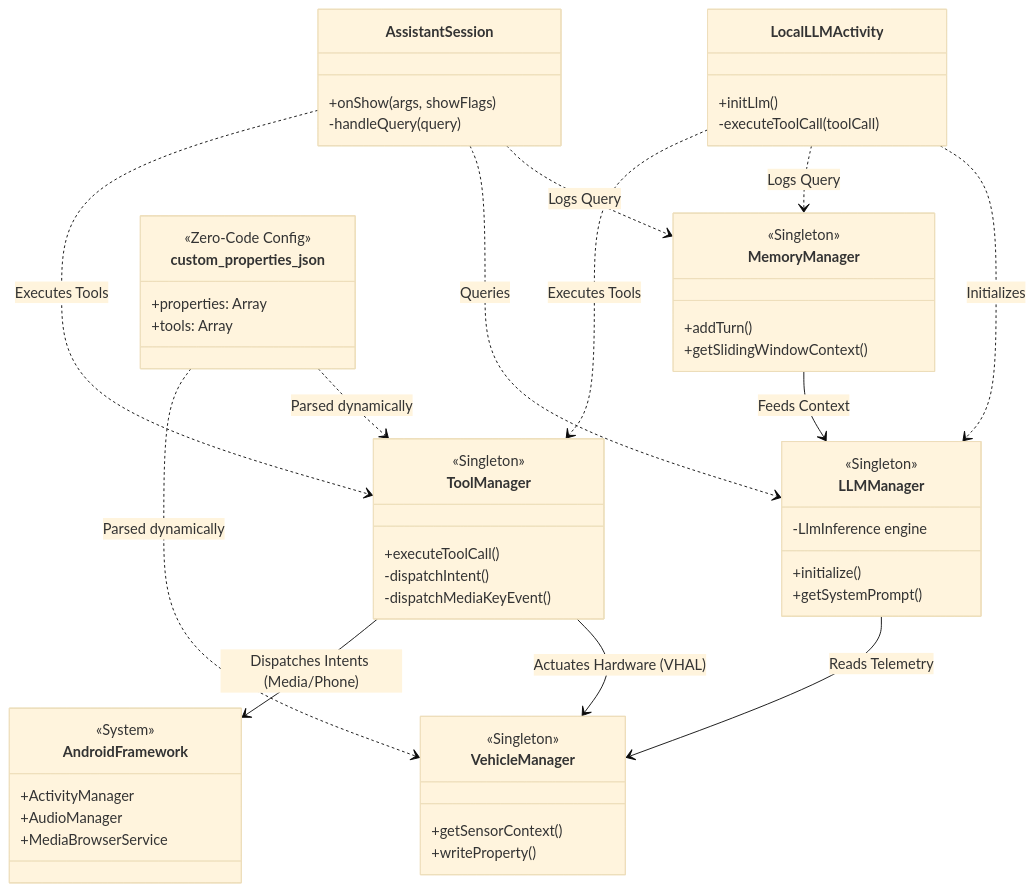
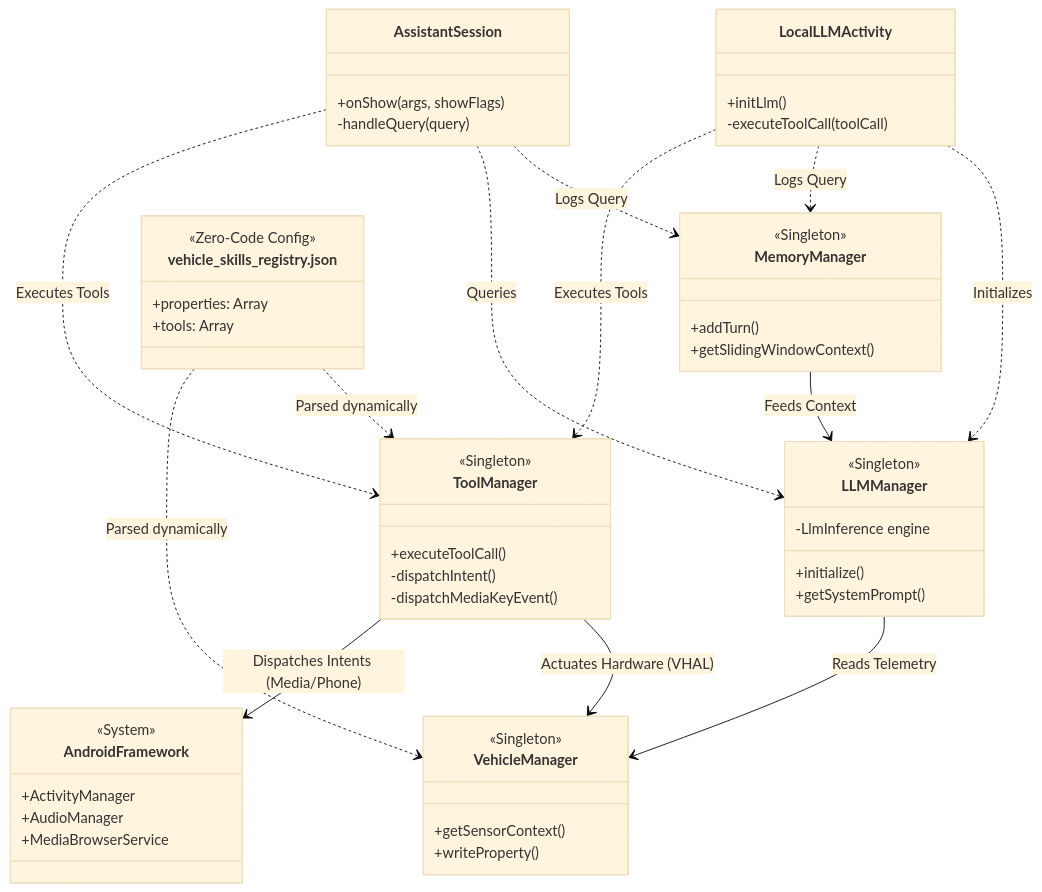
One commit to hemangpandhi/ai-assistant changed the fourth of 4 diagrams in ARCHITECTURE.md. Above: the diagram before and after it, drawn with Mermaid (base theme). The commit also changed other lines of this file and 8 other files, not shown here.

Commit message:
refactor: rename custom_properties to vehicle_skills_registry

````diff
--- a/ARCHITECTURE.md
+++ b/ARCHITECTURE.md
@@ -161,65 +161,65 @@
 ```mermaid
 classDiagram
     class LocalLLMActivity {
         +initLlm()
         -executeToolCall(toolCall)
     }
 
     class AssistantSession {
         +onShow(args, showFlags)
         -handleQuery(query)
     }
 
     class LLMManager {
         <<Singleton>>
         -LlmInference engine
         +initialize()
         +getSystemPrompt()
     }
 
     class ToolManager {
         <<Singleton>>
         +executeToolCall()
         -dispatchIntent()
         -dispatchMediaKeyEvent()
     }
 
     class MemoryManager {
         <<Singleton>>
         +addTurn()
         +getSlidingWindowContext()
     }
 
     class VehicleManager {
         <<Singleton>>
         +getSensorContext()
         +writeProperty()
     }
 
     class AndroidFramework {
         <<System>>
         +ActivityManager
         +AudioManager
         +MediaBrowserService
     }
 
-    class custom_properties_json {
+    class vehicle_skills_registry.json {
         <<Zero-Code Config>>
         +properties: Array
         +tools: Array
     }
     
     %% Relationships
     LocalLLMActivity ..> LLMManager : Initializes
     AssistantSession ..> MemoryManager : Logs Query
     LocalLLMActivity ..> MemoryManager : Logs Query
     MemoryManager --> LLMManager : Feeds Context
     AssistantSession ..> LLMManager : Queries
     LocalLLMActivity ..> ToolManager : Executes Tools
     AssistantSession ..> ToolManager : Executes Tools
     ToolManager --> VehicleManager : Actuates Hardware (VHAL)
     ToolManager --> AndroidFramework : Dispatches Intents (Media/Phone)
     LLMManager --> VehicleManager : Reads Telemetry
-    custom_properties_json ..> ToolManager : Parsed dynamically
-    custom_properties_json ..> VehicleManager : Parsed dynamically
+    vehicle_skills_registry.json ..> ToolManager : Parsed dynamically
+    vehicle_skills_registry.json ..> VehicleManager : Parsed dynamically
 ```
````
